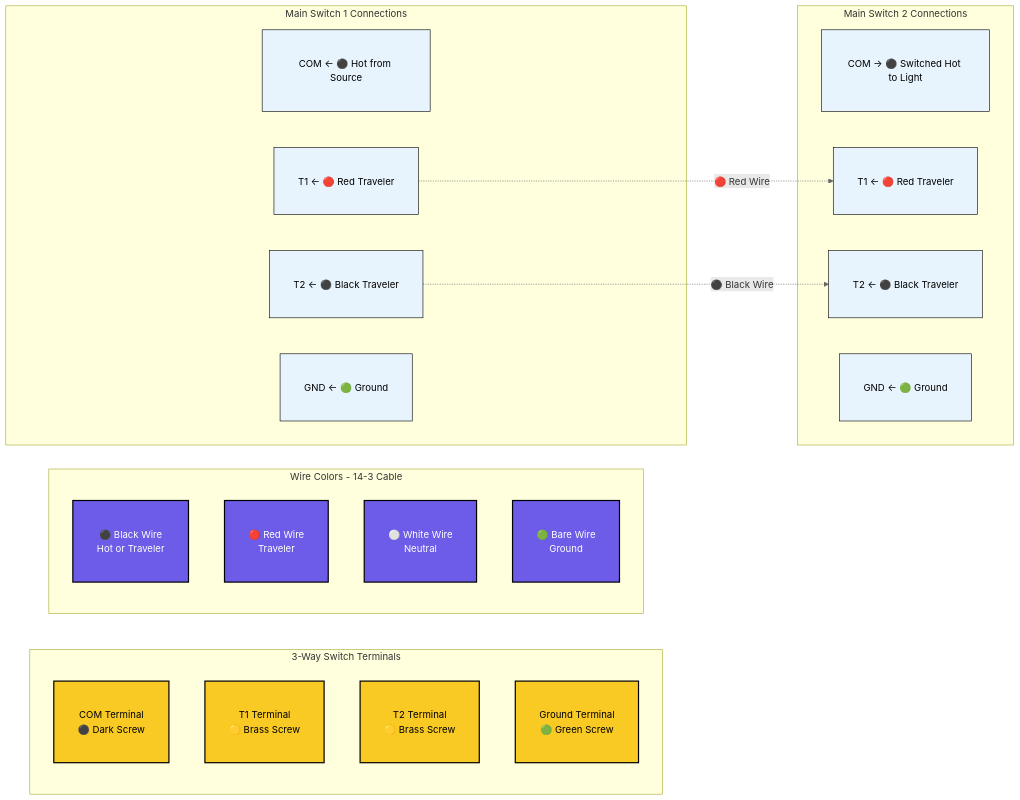
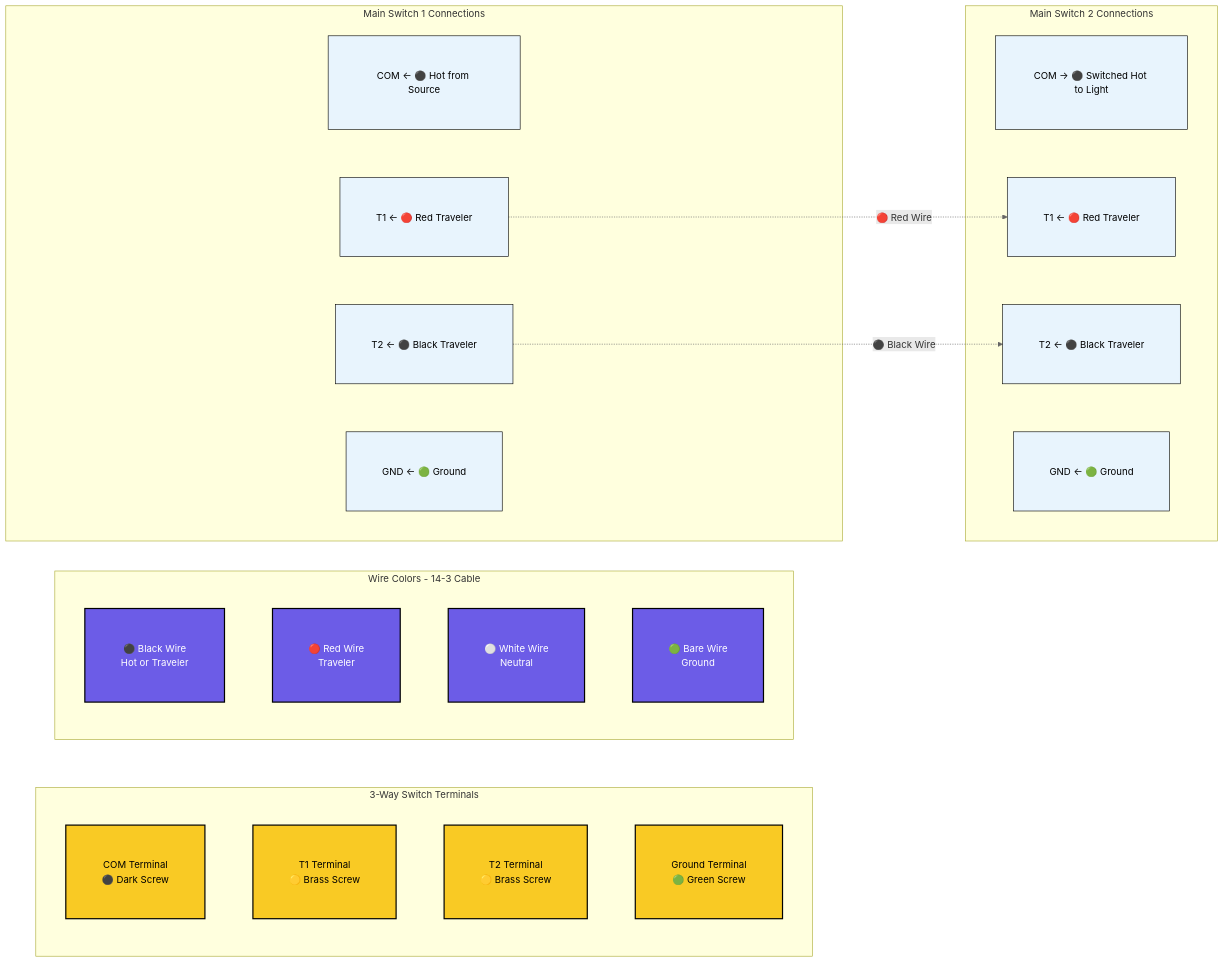
The fourth of 8 diagrams in diagrams/mermaid-wiring-diagram.md (ticklemycode/electrical-wiring), drawn with Mermaid before and after one commit. The commit also changed other lines of this file, not shown here.

````diff
--- a/diagrams/mermaid-wiring-diagram.md
+++ b/diagrams/mermaid-wiring-diagram.md
@@ -234,46 +234,46 @@
 ```mermaid
-%%{init: {'theme':'default', 'flowchart': {'nodeSpacing': 60, 'rankSpacing': 80, 'padding': 20}, 'themeVariables': {'primaryColor': '#ffffff', 'primaryTextColor': '#000000', 'primaryBorderColor': '#000000', 'lineColor': '#666666', 'sectionBkgColor': '#ffffff', 'altSectionBkgColor': '#f9f9f9', 'gridColor': '#cccccc', 'c0': '#ffffff', 'c1': '#ffffff', 'c2': '#ffffff', 'c3': '#ffffff', 'c4': '#ffffff'}}}%%
+%%{init: {'theme':'default', 'flowchart': {'nodeSpacing': 80, 'rankSpacing': 100, 'padding': 30}, 'themeVariables': {'primaryColor': '#ffffff', 'primaryTextColor': '#000000', 'primaryBorderColor': '#000000', 'lineColor': '#666666', 'sectionBkgColor': '#ffffff', 'altSectionBkgColor': '#f9f9f9', 'gridColor': '#cccccc', 'c0': '#ffffff', 'c1': '#ffffff', 'c2': '#ffffff', 'c3': '#ffffff', 'c4': '#ffffff'}}}%%
 flowchart LR
     subgraph "3-Way Switch Terminals"
         direction TB
         COM["COM Terminal<br/>⚫ Dark Screw"]
         T1["T1 Terminal<br/>🟡 Brass Screw"]
         T2["T2 Terminal<br/>🟡 Brass Screw"]
         GND["Ground Terminal<br/>🟢 Green Screw"]
     end
     
     subgraph "Wire Colors - 14-3 Cable"
         BLACK["⚫ Black Wire<br/>Hot or Traveler"]
         RED["🔴 Red Wire<br/>Traveler"]
         WHITE["⚪ White Wire<br/>Neutral"]
         BARE["🟢 Bare Wire<br/>Ground"]
     end
     
     subgraph "Main Switch 1 Connections"
         MS1_COM["COM ← ⚫ Hot from Source"]
         MS1_T1["T1 ← 🔴 Red Traveler"]
         MS1_T2["T2 ← ⚫ Black Traveler"]
         MS1_GND["GND ← 🟢 Ground"]
     end
     
     subgraph "Main Switch 2 Connections"
         MS2_COM["COM → ⚫ Switched Hot to Light"]
         MS2_T1["T1 ← 🔴 Red Traveler"]
         MS2_T2["T2 ← ⚫ Black Traveler"]
         MS2_GND["GND ← 🟢 Ground"]
     end
     
     %% Traveler Connections
     MS1_T1 -.->|"🔴 Red Wire"| MS2_T1
     MS1_T2 -.->|"⚫ Black Wire"| MS2_T2
     
-    classDef boxPadding padding:10px 15px
+    classDef boxPadding padding:15px 25px
     classDef terminalStyle fill:#f9ca24,stroke:#000,stroke-width:2px,color:#000
     classDef wireStyle fill:#6c5ce7,stroke:#000,stroke-width:2px,color:#fff
     classDef connectionStyle fill:#e8f4fd,stroke:#000,stroke-width:1px,color:#000
     
     class COM,T1,T2,GND,BLACK,RED,WHITE,BARE,MS1_COM,MS1_T1,MS1_T2,MS1_GND,MS2_COM,MS2_T1,MS2_T2,MS2_GND boxPadding
     class COM,T1,T2,GND terminalStyle
     class BLACK,RED,WHITE,BARE wireStyle
     class MS1_COM,MS1_T1,MS1_T2,MS1_GND,MS2_COM,MS2_T1,MS2_T2,MS2_GND connectionStyle
 ```
````
